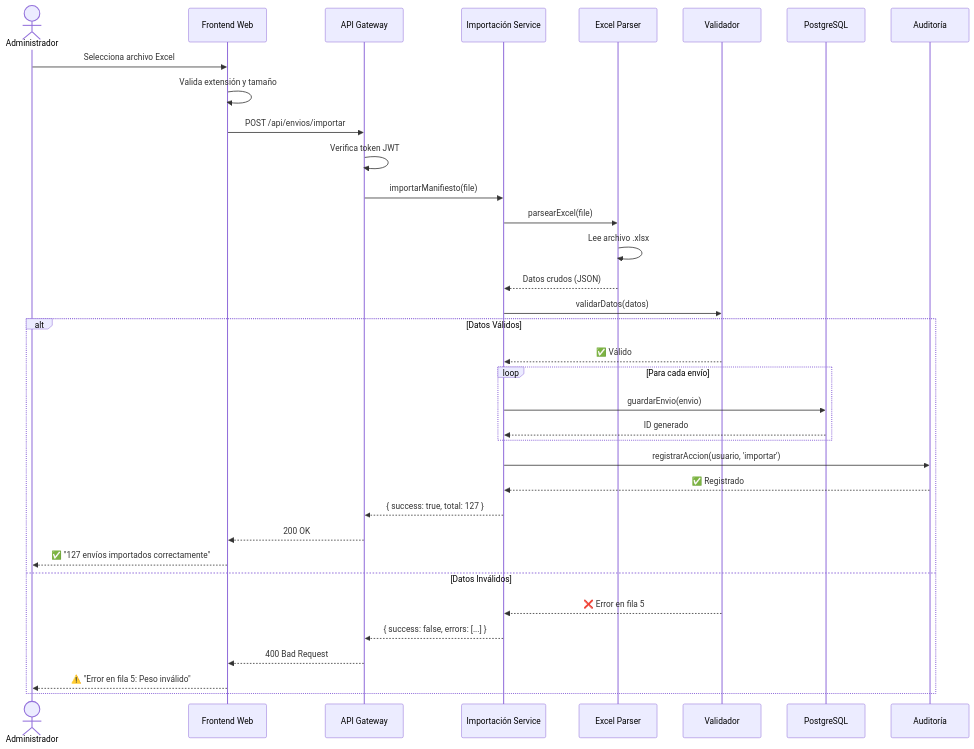
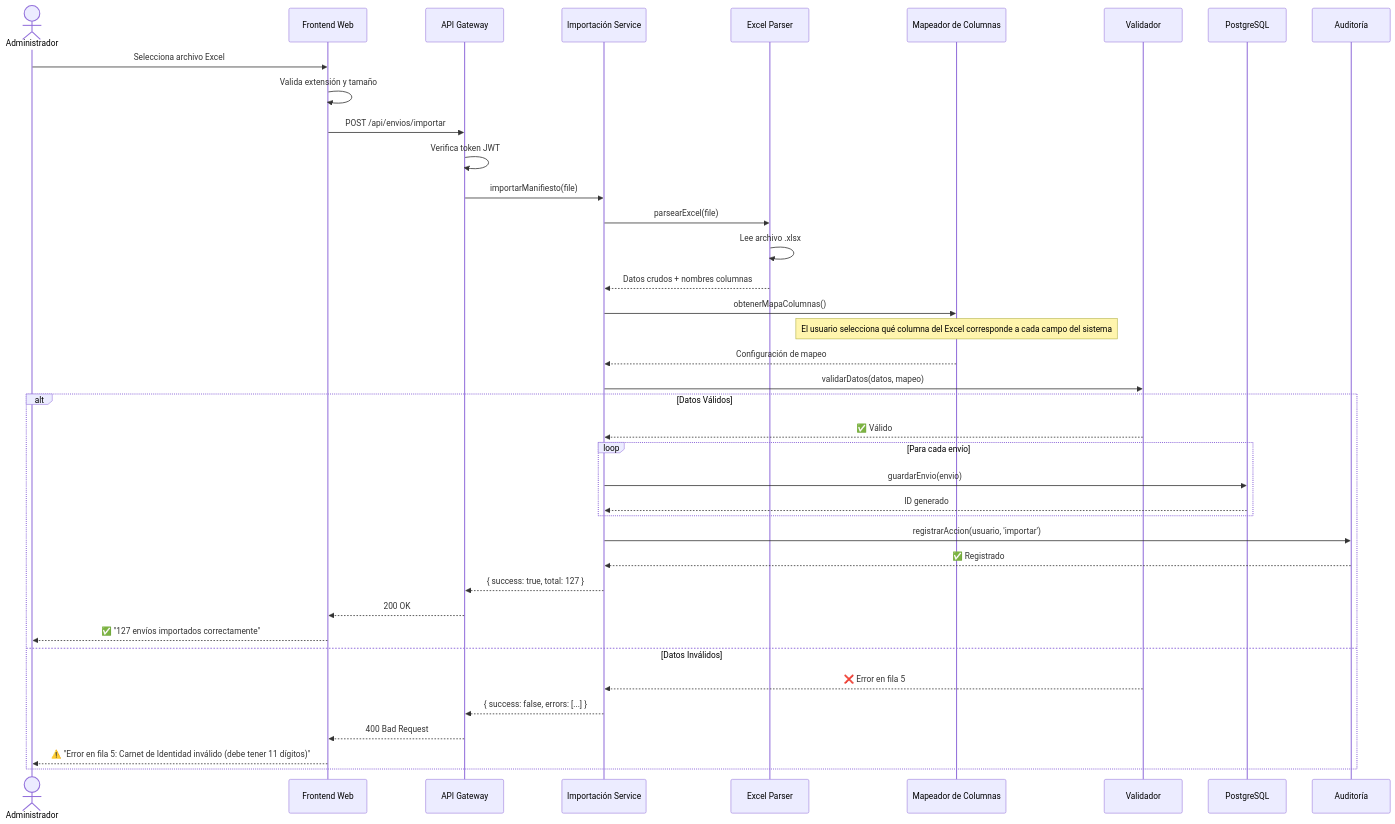
The third of 8 diagrams in docs/06-arquitectura.md (Seta-Expreso/sigma-t), drawn with Mermaid before and after one commit. The commit also changed other lines of this file and 3 other files, not shown here.

````diff
--- a/docs/06-arquitectura.md
+++ b/docs/06-arquitectura.md
@@ -878,39 +888,43 @@
 ```mermaid
 sequenceDiagram
     actor Admin as Administrador
     participant UI as Frontend Web
     participant API as API Gateway
     participant ImportSvc as Importación Service
     participant ExcelParser as Excel Parser
+    participant Mapeador as Mapeador de Columnas
     participant Validator as Validador
     participant BD as PostgreSQL
     participant Audit as Auditoría
 
     Admin->>UI: Selecciona archivo Excel
     UI->>UI: Valida extensión y tamaño
     UI->>API: POST /api/envios/importar
     API->>API: Verifica token JWT
     API->>ImportSvc: importarManifiesto(file)
     ImportSvc->>ExcelParser: parsearExcel(file)
     ExcelParser->>ExcelParser: Lee archivo .xlsx
-    ExcelParser-->>ImportSvc: Datos crudos (JSON)
-    ImportSvc->>Validator: validarDatos(datos)
+    ExcelParser-->>ImportSvc: Datos crudos + nombres columnas
+    ImportSvc->>Mapeador: obtenerMapaColumnas()
+    Note over Mapeador: El usuario selecciona qué columna del Excel corresponde a cada campo del sistema
+    Mapeador-->>ImportSvc: Configuración de mapeo
+    ImportSvc->>Validator: validarDatos(datos, mapeo)
     
     alt Datos Válidos
         Validator-->>ImportSvc: ✅ Válido
         loop Para cada envío
             ImportSvc->>BD: guardarEnvio(envio)
             BD-->>ImportSvc: ID generado
         end
         ImportSvc->>Audit: registrarAccion(usuario, 'importar')
         Audit-->>ImportSvc: ✅ Registrado
         ImportSvc-->>API: { success: true, total: 127 }
         API-->>UI: 200 OK
         UI-->>Admin: ✅ "127 envíos importados correctamente"
     else Datos Inválidos
         Validator-->>ImportSvc: ❌ Error en fila 5
         ImportSvc-->>API: { success: false, errors: [...] }
         API-->>UI: 400 Bad Request
-        UI-->>Admin: ⚠️ "Error en fila 5: Peso inválido"
+        UI-->>Admin: ⚠️ "Error en fila 5: Carnet de Identidad inválido (debe tener 11 dígitos)"
     end
 ```
````
